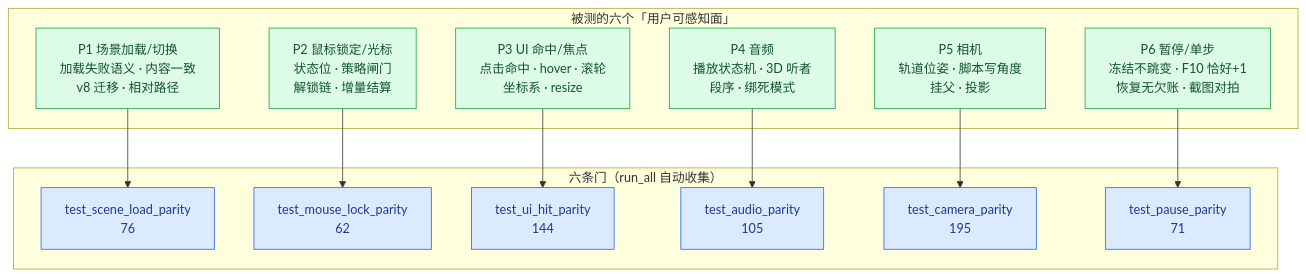
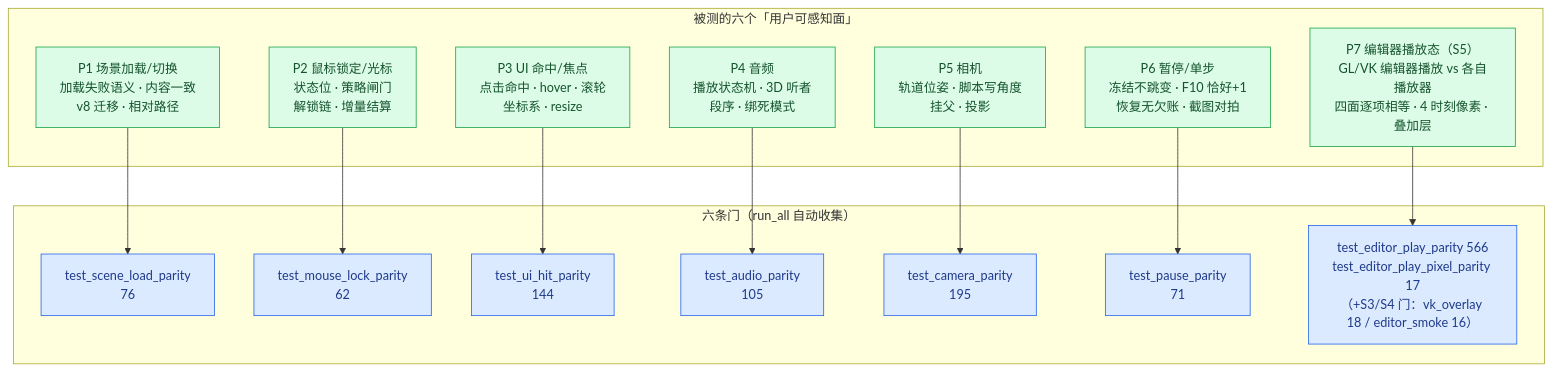
One commit to lhy302/WeaveEngine changed diagram 22 of 23 in ARCHITECTURE.md. Above: the diagram before and after it, drawn with Mermaid. The commit also changed other lines of this file and 9 other files, not shown here.

````diff
--- a/ARCHITECTURE.md
+++ b/ARCHITECTURE.md
@@ -1046,27 +1060,30 @@
 ```mermaid
 flowchart TB
   subgraph FACES["被测的六个「用户可感知面」"]
     F1["P1 场景加载/切换<br/>加载失败语义 · 内容一致<br/>v8 迁移 · 相对路径"]:::ok
     F2["P2 鼠标锁定/光标<br/>状态位 · 策略闸门<br/>解锁链 · 增量结算"]:::ok
     F3["P3 UI 命中/焦点<br/>点击命中 · hover · 滚轮<br/>坐标系 · resize"]:::ok
     F4["P4 音频<br/>播放状态机 · 3D 听者<br/>段序 · 绑死模式"]:::ok
     F5["P5 相机<br/>轨道位姿 · 脚本写角度<br/>挂父 · 投影"]:::ok
     F6["P6 暂停/单步<br/>冻结不跳变 · F10 恰好+1<br/>恢复无欠账 · 截图对拍"]:::ok
+    F7["P7 编辑器播放态（S5）<br/>GL/VK 编辑器播放 vs 各自播放器<br/>四面逐项相等 · 4 时刻像素 · 叠加层"]:::ok
   end
   subgraph GATES["六条门（run_all 自动收集）"]
     G1["test_scene_load_parity<br/>76"]:::gate
     G2["test_mouse_lock_parity<br/>62"]:::gate
     G3["test_ui_hit_parity<br/>144"]:::gate
     G4["test_audio_parity<br/>105"]:::gate
     G5["test_camera_parity<br/>195"]:::gate
     G6["test_pause_parity<br/>71"]:::gate
+    G7["test_editor_play_parity 566<br/>test_editor_play_pixel_parity 17<br/>（+S3/S4 门：vk_overlay 18 / editor_smoke 16）"]:::gate
   end
   F1 --> G1
   F2 --> G2
   F3 --> G3
   F4 --> G4
   F5 --> G5
   F6 --> G6
+  F7 --> G7
   classDef ok fill:#dcfce7,stroke:#16a34a,color:#14532d
   classDef gate fill:#dbeafe,stroke:#2563eb,color:#1e3a8a
 ```
````
